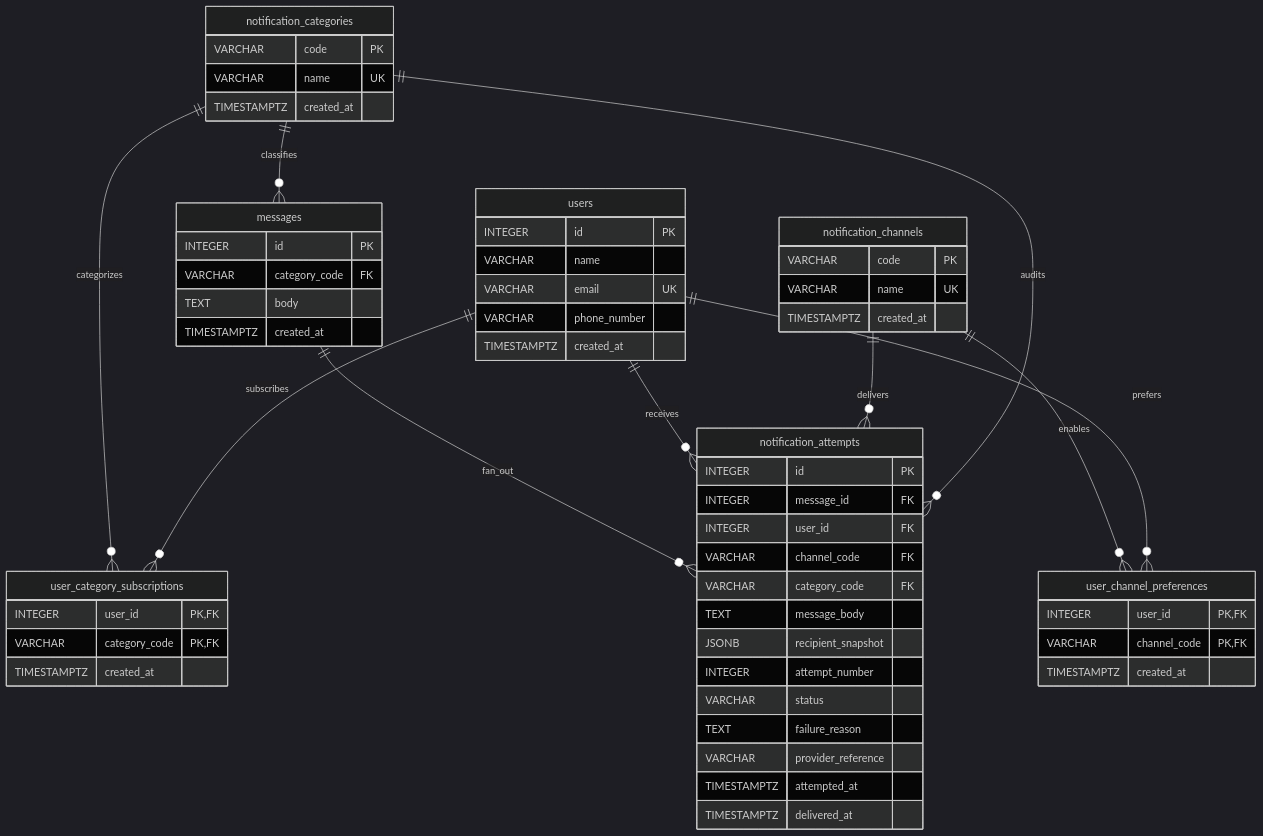
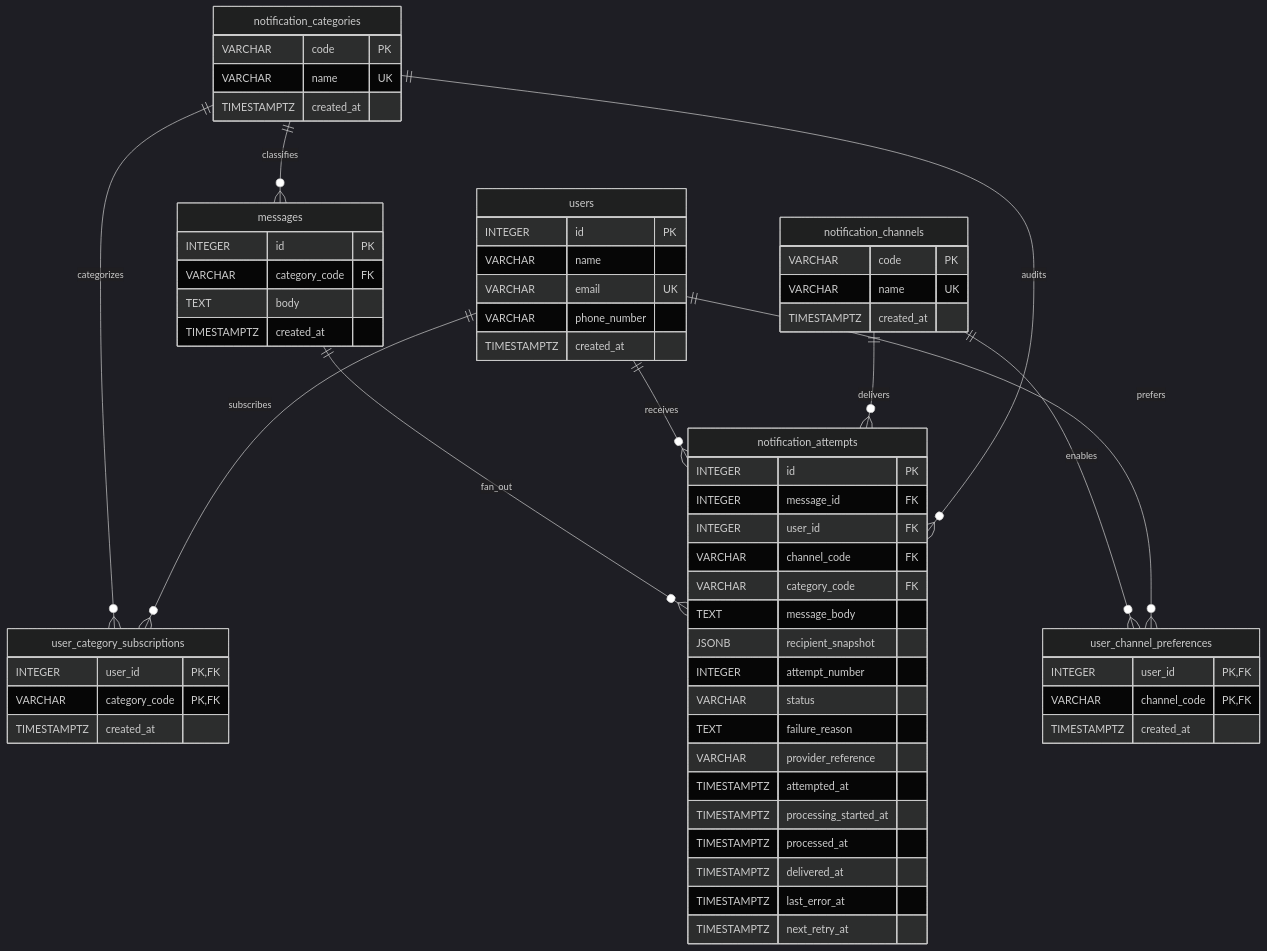
The diagram in README.md (guluarte/notification-challenge), drawn with Mermaid (dark theme) before and after one commit. The commit also changed other lines of this file and 15 other files, not shown here.

````diff
--- a/README.md
+++ b/README.md
@@ -115,61 +135,65 @@
 ```mermaid
 erDiagram
     notification_categories {
         VARCHAR code PK
         VARCHAR name UK
         TIMESTAMPTZ created_at
     }
     notification_channels {
         VARCHAR code PK
         VARCHAR name UK
         TIMESTAMPTZ created_at
     }
     users {
         INTEGER id PK
         VARCHAR name
         VARCHAR email UK
         VARCHAR phone_number
         TIMESTAMPTZ created_at
     }
     user_category_subscriptions {
         INTEGER user_id PK, FK
         VARCHAR category_code PK, FK
         TIMESTAMPTZ created_at
     }
     user_channel_preferences {
         INTEGER user_id PK, FK
         VARCHAR channel_code PK, FK
         TIMESTAMPTZ created_at
     }
     messages {
         INTEGER id PK
         VARCHAR category_code FK
         TEXT body
         TIMESTAMPTZ created_at
     }
     notification_attempts {
         INTEGER id PK
         INTEGER message_id FK
         INTEGER user_id FK
         VARCHAR channel_code FK
         VARCHAR category_code FK
         TEXT message_body
         JSONB recipient_snapshot
         INTEGER attempt_number
         VARCHAR status
         TEXT failure_reason
         VARCHAR provider_reference
         TIMESTAMPTZ attempted_at
+        TIMESTAMPTZ processing_started_at
+        TIMESTAMPTZ processed_at
         TIMESTAMPTZ delivered_at
+        TIMESTAMPTZ last_error_at
+        TIMESTAMPTZ next_retry_at
     }
 
     notification_categories ||--o{ user_category_subscriptions : categorizes
     users ||--o{ user_category_subscriptions : subscribes
     notification_channels ||--o{ user_channel_preferences : enables
     users ||--o{ user_channel_preferences : prefers
     notification_categories ||--o{ messages : classifies
     messages ||--o{ notification_attempts : fan_out
     users ||--o{ notification_attempts : receives
     notification_channels ||--o{ notification_attempts : delivers
     notification_categories ||--o{ notification_attempts : audits
 ```
````
